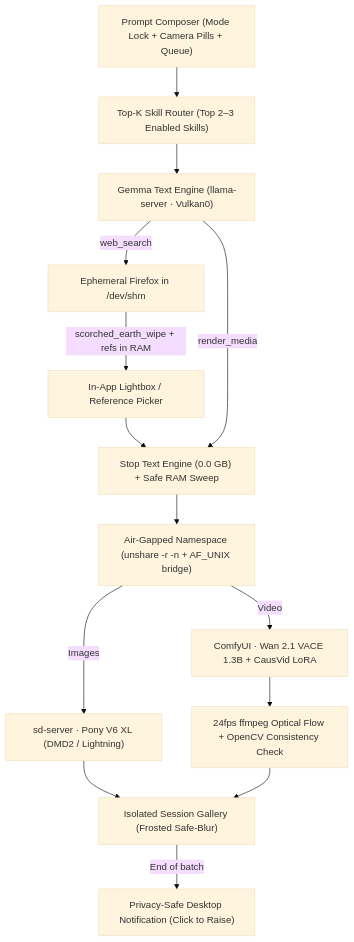
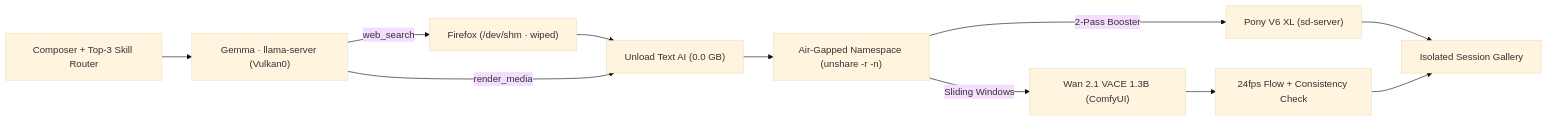
Before and after one commit to dksh34/Vimona: the diagram in README.md, drawn with Mermaid (base theme). The commit also changed other lines of this file and 14 other files, not shown here.

````diff
--- a/README.md
+++ b/README.md
@@ -124,16 +100,13 @@
 ```mermaid
-flowchart TD
-    U["Prompt Composer (Mode Lock + Camera Pills + Queue)"] --> R["Top-K Skill Router (Top 2–3 Enabled Skills)"]
-    R --> LLM["Gemma Text Engine (llama-server · Vulkan0)"]
-    LLM -->|web_search| FF["Ephemeral Firefox in /dev/shm"]
-    FF -->|scorched_earth_wipe + refs in RAM| PICK["In-App Lightbox / Reference Picker"]
-    PICK --> TEARDOWN["Stop Text Engine (0.0 GB) + Safe RAM Sweep"]
+flowchart LR
+    U["Composer + Top-3 Skill Router"] --> LLM["Gemma · llama-server (Vulkan0)"]
+    LLM -->|web_search| FF["Firefox (/dev/shm · wiped)"]
+    FF --> TEARDOWN["Unload Text AI (0.0 GB)"]
     LLM -->|render_media| TEARDOWN
-    TEARDOWN --> NETNS["Air-Gapped Namespace (unshare -r -n + AF_UNIX bridge)"]
-    NETNS -->|Images| PONY["sd-server · Pony V6 XL (DMD2 / Lightning)"]
-    NETNS -->|Video| WAN["ComfyUI · Wan 2.1 VACE 1.3B + CausVid LoRA"]
-    WAN --> FLOW["24fps ffmpeg Optical Flow + OpenCV Consistency Check"]
-    PONY --> GAL["Isolated Session Gallery (Frosted Safe-Blur)"]
+    TEARDOWN --> NETNS["Air-Gapped Namespace (unshare -r -n)"]
+    NETNS -->|2-Pass Booster| PONY["Pony V6 XL (sd-server)"]
+    NETNS -->|Sliding Windows| WAN["Wan 2.1 VACE 1.3B (ComfyUI)"]
+    WAN --> FLOW["24fps Flow + Consistency Check"]
+    PONY --> GAL["Isolated Session Gallery"]
     FLOW --> GAL
-    GAL -->|End of batch| NOTIFY["Privacy-Safe Desktop Notification (Click to Raise)"]
 ```
````
